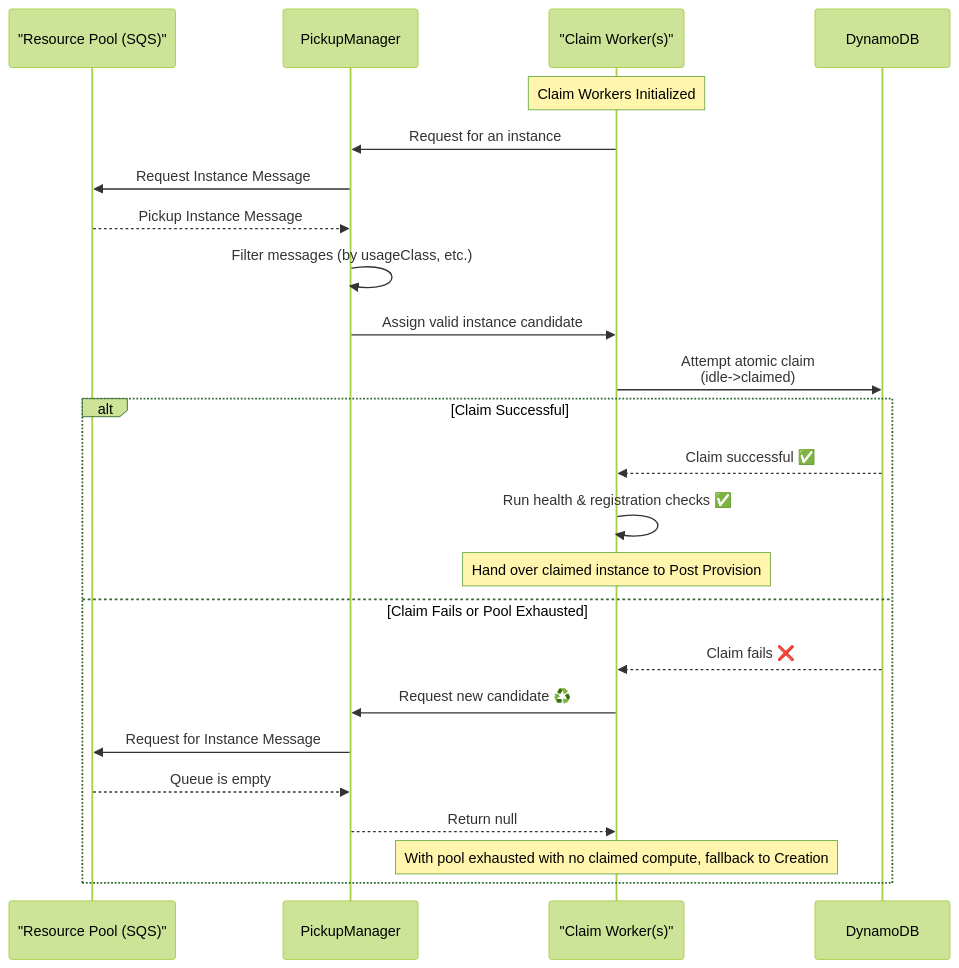
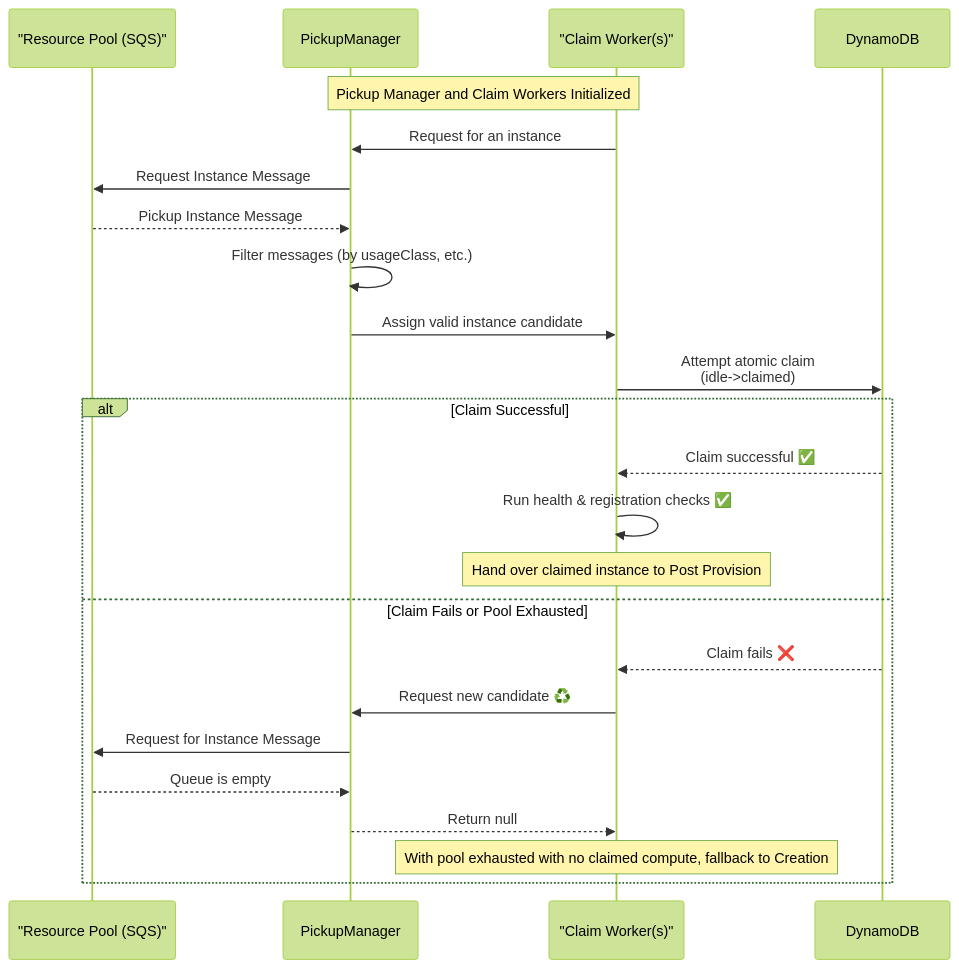
The first of 2 diagrams in docs/architecture/provision/provision.md (fleet-actions/ec2-runner-pool-manager), drawn with Mermaid (forest theme) before and after one commit. The commit also changed 1 other file, not shown here.

Commit message:
docs(pickup-manager): refine pickup manager documentation

````diff
--- a/docs/architecture/provision/provision.md
+++ b/docs/architecture/provision/provision.md
@@ -26,27 +26,27 @@
       ```mermaid
       sequenceDiagram
          participant ResourcePool as "Resource Pool (SQS)"
          participant PickupManager
          participant ClaimWorker as "Claim Worker(s)"
          participant DynamoDB
 
-         Note over ClaimWorker: Claim Workers Initialized
+         Note over PickupManager, ClaimWorker: Pickup Manager and Claim Workers Initialized
          ClaimWorker->>PickupManager: Request for an instance
          PickupManager->>ResourcePool: Request Instance Message
          ResourcePool-->>PickupManager: Pickup Instance Message
          PickupManager->>PickupManager: Filter messages (by usageClass, etc.)
          PickupManager->>ClaimWorker: Assign valid instance candidate
          ClaimWorker->>DynamoDB: Attempt atomic claim <br> (idle->claimed)
          alt Claim Successful
             DynamoDB-->>ClaimWorker: Claim successful ✅
             ClaimWorker->>ClaimWorker: Run health & registration checks ✅
             Note over ClaimWorker: Hand over claimed instance to Post Provision
          else Claim Fails or Pool Exhausted
             DynamoDB-->>ClaimWorker: Claim fails ❌
             ClaimWorker->>PickupManager: Request new candidate ♻️
             PickupManager->>ResourcePool: Request for Instance Message
             ResourcePool-->>PickupManager: Queue is empty
             PickupManager-->>ClaimWorker: Return null 
             Note over ClaimWorker: With pool exhausted with no claimed compute, fallback to Creation
          end
       ```
````
